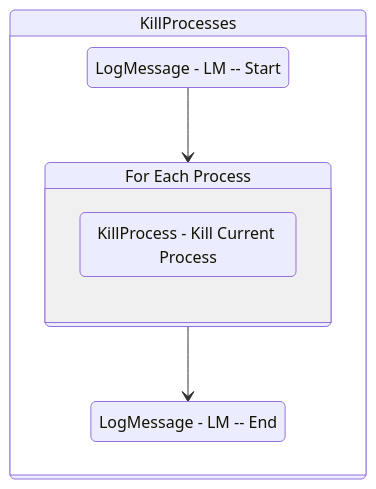
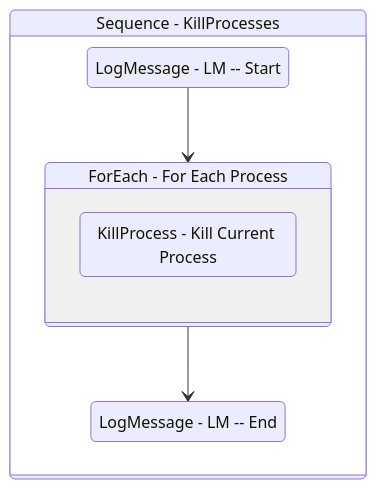
Before and after one commit to yashbrahmbhatt/LazyFramework: the diagram in Documentation/.templates/Performers/Basic/Framework/KillProcesses.md, drawn with Mermaid. The commit also changed 78 other files, not shown here.

````diff
--- a/Documentation/.templates/Performers/Basic/Framework/KillProcesses.md
+++ b/Documentation/.templates/Performers/Basic/Framework/KillProcesses.md
@@ -92,18 +92,18 @@
 ```mermaid
 stateDiagram-v2
 
 
-Sequence_1: KillProcesses
+Sequence_1: Sequence - KillProcesses
 state Sequence_1 {
 direction TB
 LogMessage_1 : LogMessage - LM -- Start
 LogMessage_1 --> ForEach1_1
-ForEach1_1: For Each Process
+ForEach1_1: ForEach - For Each Process
 state ForEach1_1 {
 direction TB
 KillProcess_1 : KillProcess - Kill Current Process
 }
 LogMessage_2 : LogMessage - LM -- End
 ForEach1_1 --> LogMessage_2
 }
 ```
````
